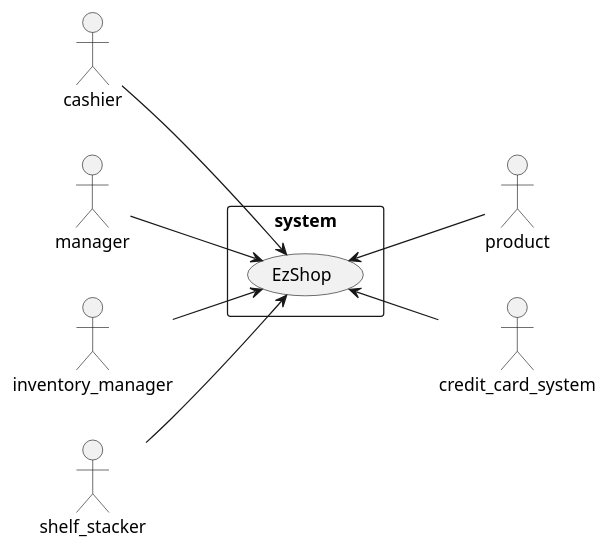
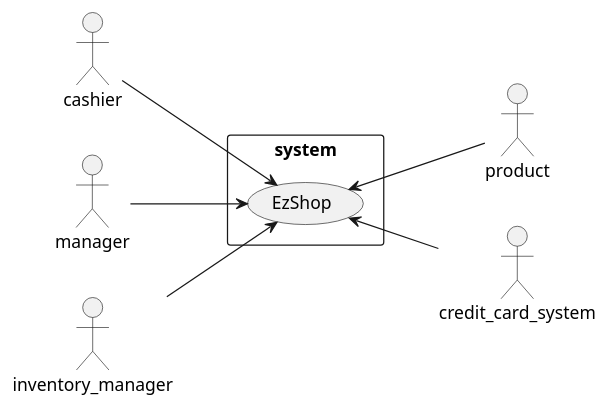
The first of 8 diagrams in Deliverables/RequirementsDocument.md (paocela/EzShop), drawn with PlantUML before and after one commit.

Commit message:
Removed Shelf Stacker from context diagram

````diff
--- a/Deliverables/RequirementsDocument.md
+++ b/Deliverables/RequirementsDocument.md
@@ -58,15 +58,14 @@
 ```plantuml
 left to right direction
 skinparam PackageStyle rect
 
 rectangle system{
 usecase EzShop
 }
 
 :cashier: --> EzShop
 :manager: --> EzShop
 :inventory_manager: --> EzShop
-:shelf_stacker: --> EzShop
 :product: -up-> EzShop
 :credit_card_system: -up->EzShop
 ```
````
